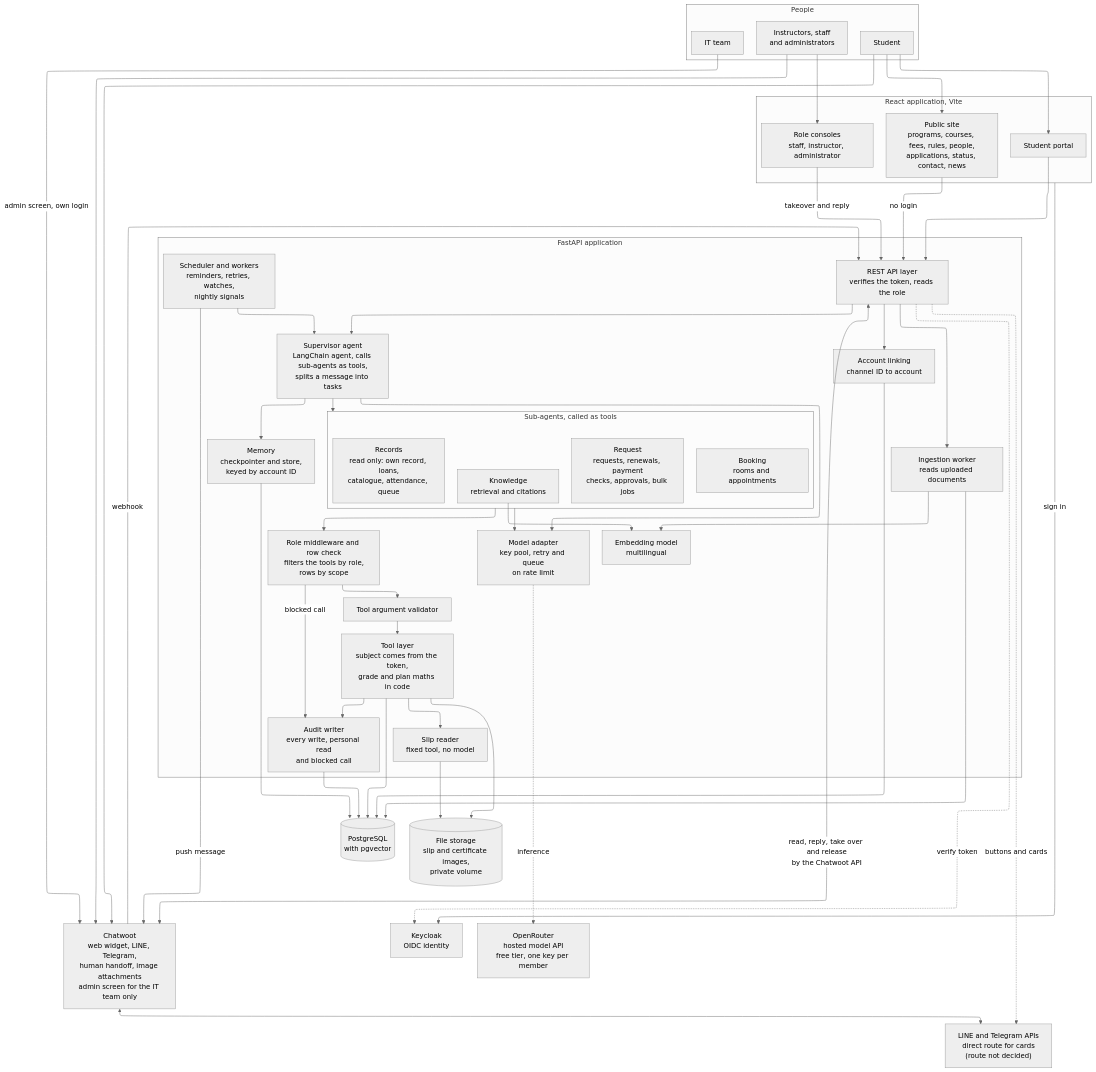
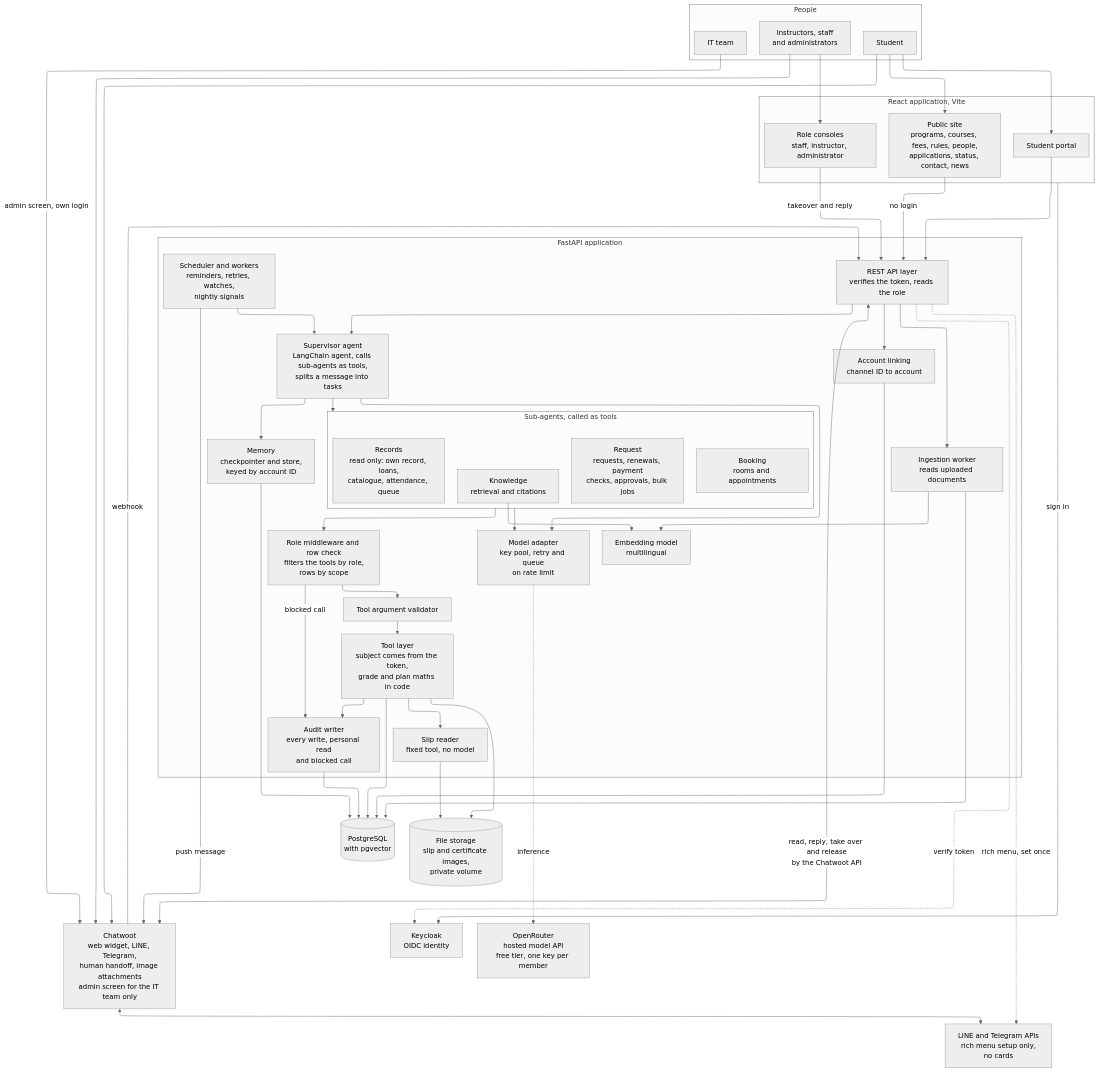
The first of 11 diagrams in design/diagrams/diagrams-source.md (SaiWaiYanLynn/smart-university-website), drawn with Mermaid (neutral theme) before and after one commit. The commit also changed other lines of this file and 3 other files, not shown here.

Commit message:
Updated the architecture diagram

```diff
--- a/design/diagrams/diagrams-source.md
+++ b/design/diagrams/diagrams-source.md
@@ -34,7 +34,7 @@
   end
 
   CWT["Chatwoot<br/>web widget, LINE, Telegram,<br/>human handoff, image attachments<br/>admin screen for the IT team only"]
-  CHN["LINE and Telegram APIs<br/>direct route for cards<br/>(route not decided)"]
+  CHN["LINE and Telegram APIs<br/>rich menu setup only,<br/>no cards"]
 
   subgraph API["FastAPI application"]
     REST["REST API layer<br/>verifies the token, reads the role"]
@@ -76,7 +76,7 @@
   CON -- "takeover and reply" --> REST
   CWT -- webhook --> REST
   REST <-- "read, reply, take over and release<br/>by the Chatwoot API" --> CWT
-  REST -. "buttons and cards" .-> CHN
+  REST -. "rich menu, set once" .-> CHN
 
   REST --> SUP
   REST -. verify token .-> KC
```
